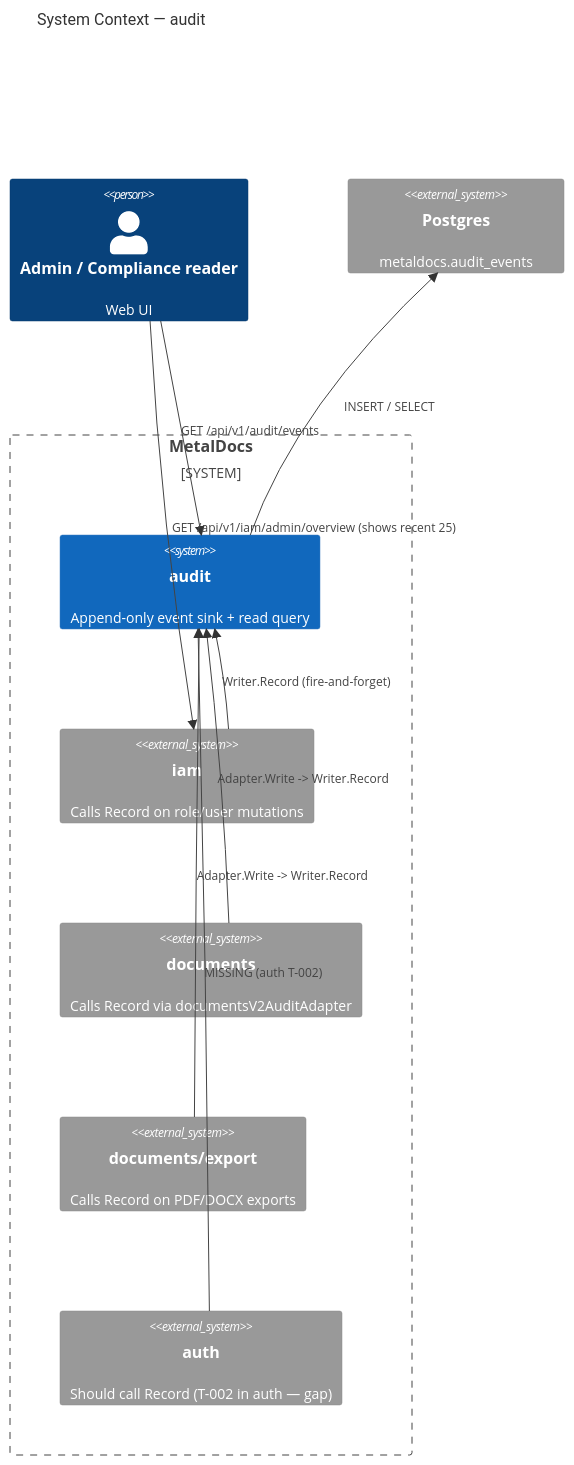
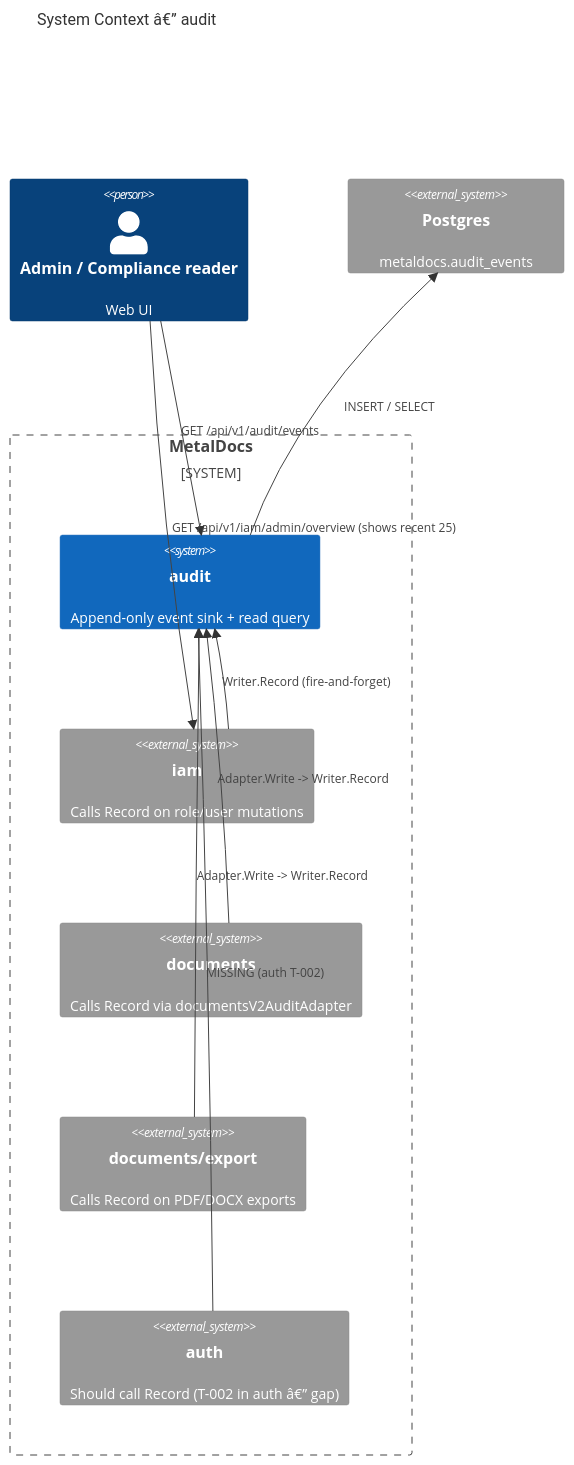
The first of 5 diagrams in wiki/modules/audit.md (developmentconexus-ops/MetalDocs), drawn with Mermaid before and after one commit. The commit also changed other lines of this file and 12 other files, not shown here.

````diff
--- a/wiki/modules/audit.md
+++ b/wiki/modules/audit.md
@@ -62,20 +62,20 @@
 ```mermaid
 C4Context
-    title System Context — audit
+    title System Context â€” audit
     Person(admin, "Admin / Compliance reader", "Web UI")
     System_Boundary(b1, "MetalDocs") {
         System(audit, "audit", "Append-only event sink + read query")
         System_Ext(iam, "iam", "Calls Record on role/user mutations")
         System_Ext(documents, "documents", "Calls Record via documentsV2AuditAdapter")
         System_Ext(export, "documents/export", "Calls Record on PDF/DOCX exports")
-        System_Ext(auth, "auth", "Should call Record (T-002 in auth — gap)")
+        System_Ext(auth, "auth", "Should call Record (T-002 in auth â€” gap)")
     }
     System_Ext(pg, "Postgres", "metaldocs.audit_events")
     Rel(admin, audit, "GET /api/v1/audit/events")
     Rel(admin, iam, "GET /api/v1/iam/admin/overview (shows recent 25)")
     Rel(iam, audit, "Writer.Record (fire-and-forget)")
     Rel(documents, audit, "Adapter.Write -> Writer.Record")
     Rel(export, audit, "Adapter.Write -> Writer.Record")
     Rel(auth, audit, "MISSING (auth T-002)")
     Rel(audit, pg, "INSERT / SELECT")
 ```
````
